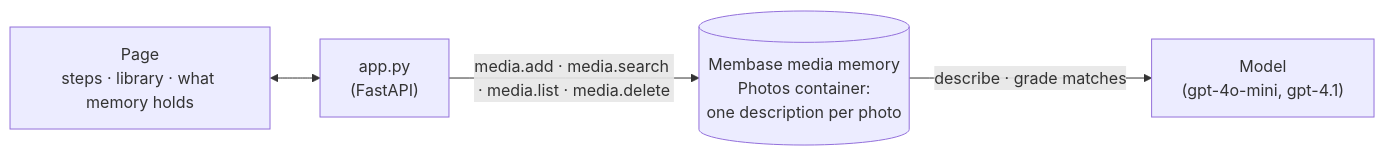
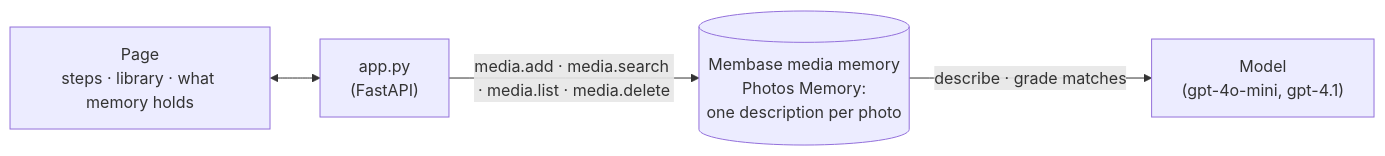
One commit to unibaseio/membase-use-cases changed the diagram in 19-photo-memory/README.md. Above: the diagram before and after it, drawn with Mermaid. The commit also changed other lines of this file and 55 other files, not shown here.

````diff
--- a/19-photo-memory/README.md
+++ b/19-photo-memory/README.md
@@ -33,6 +33,6 @@
 ```mermaid
 flowchart LR
   P["Page<br/>steps · library · what memory holds"] <--> A["app.py<br/>(FastAPI)"]
-  A -- "media.add · media.search · media.list · media.delete" --> M[("Membase media memory<br/>Photos container:<br/>one description per photo")]
+  A -- "media.add · media.search · media.list · media.delete" --> M[("Membase media memory<br/>Photos Memory:<br/>one description per photo")]
   M -- "describe · grade matches" --> L["Model<br/>(gpt-4o-mini, gpt-4.1)"]
 ```
````
